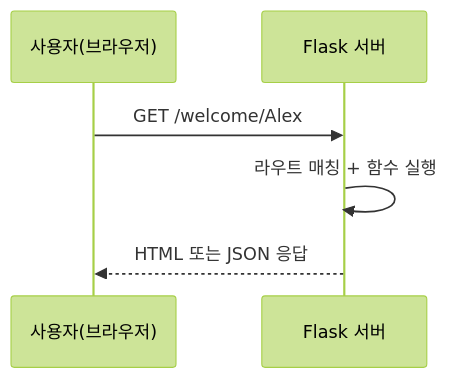
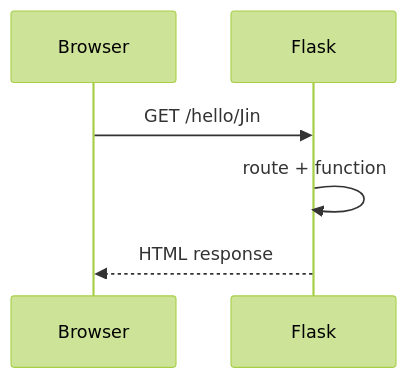
Before and after one commit to sujinchoo/Ai.build.education: the diagram in curriculum/week03.md, drawn with Mermaid (forest theme). The commit also changed other lines of this file and 23 other files, not shown here.

````diff
--- a/curriculum/week03.md
+++ b/curriculum/week03.md
@@ -14,8 +20,8 @@
 ```mermaid
 sequenceDiagram
-    participant U as 사용자(브라우저)
-    participant S as Flask 서버
-    U->>S: GET /welcome/Alex
-    S->>S: 라우트 매칭 + 함수 실행
-    S-->>U: HTML 또는 JSON 응답
+    participant U as Browser
+    participant F as Flask
+    U->>F: GET /hello/Jin
+    F->>F: route + function
+    F-->>U: HTML response
 ```
````
